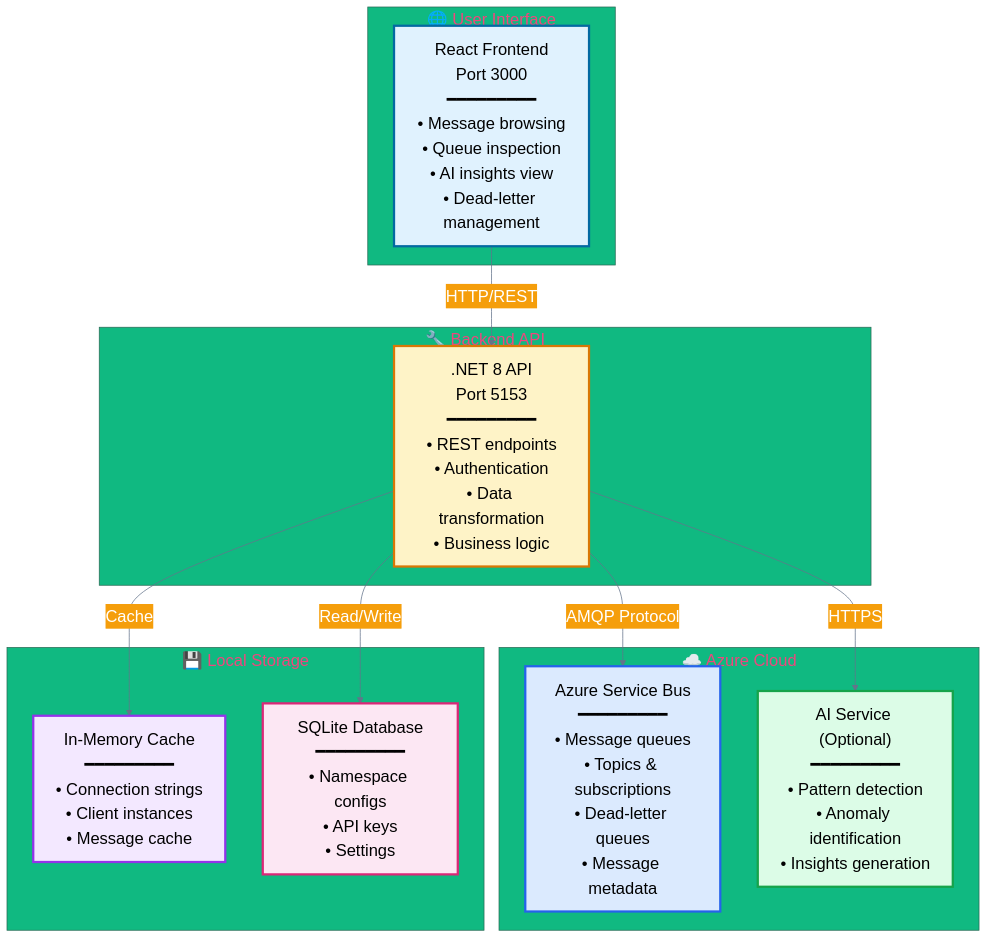
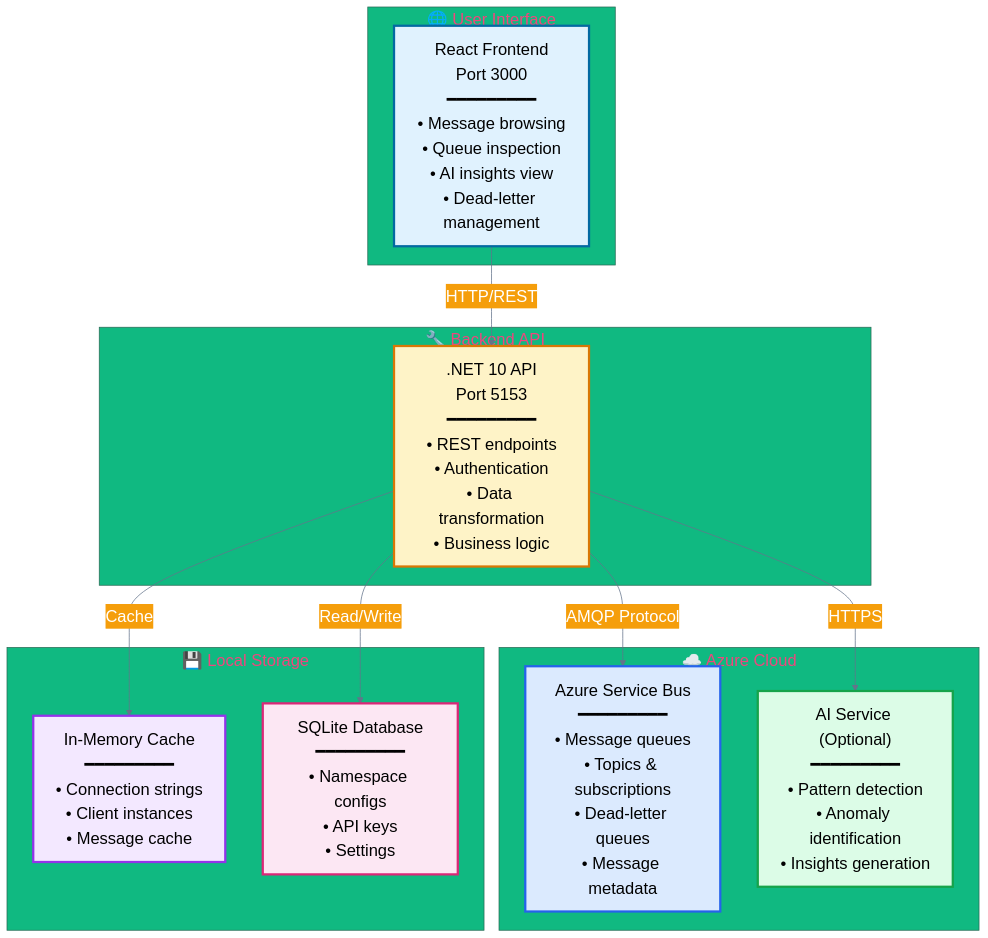
One commit to debdevops/servicehub changed the first of 12 diagrams in docs/COMPREHENSIVE-GUIDE.md. Above: the diagram before and after it, drawn with Mermaid. The commit also changed other lines of this file and 40 other files, not shown here.

````diff
--- a/docs/COMPREHENSIVE-GUIDE.md
+++ b/docs/COMPREHENSIVE-GUIDE.md
@@ -76,36 +76,36 @@
 ```mermaid
 %%{init: {'theme':'base', 'themeVariables': { 'fontSize':'22px', 'primaryColor':'#0ea5e9', 'primaryTextColor':'#fff', 'primaryBorderColor':'#0369a1', 'lineColor':'#64748b', 'secondaryColor':'#f59e0b', 'tertiaryColor':'#10b981'}}}%%
 graph TB
     subgraph "🌐 User Interface"
         UI["React Frontend<br/>Port 3000<br/>━━━━━━━━━<br/>• Message browsing<br/>• Queue inspection<br/>• AI insights view<br/>• Dead-letter management"]
     end
 
     subgraph "🔧 Backend API"
-        API[".NET 8 API<br/>Port 5153<br/>━━━━━━━━━<br/>• REST endpoints<br/>• Authentication<br/>• Data transformation<br/>• Business logic"]
+        API[".NET 10 API<br/>Port 5153<br/>━━━━━━━━━<br/>• REST endpoints<br/>• Authentication<br/>• Data transformation<br/>• Business logic"]
     end
 
     subgraph "☁️ Azure Cloud"
         ASB["Azure Service Bus<br/>━━━━━━━━━<br/>• Message queues<br/>• Topics & subscriptions<br/>• Dead-letter queues<br/>• Message metadata"]
         
         AI["AI Service (Optional)<br/>━━━━━━━━━<br/>• Pattern detection<br/>• Anomaly identification<br/>• Insights generation"]
     end
 
     subgraph "💾 Local Storage"
         CACHE["In-Memory Cache<br/>━━━━━━━━━<br/>• Connection strings<br/>• Client instances<br/>• Message cache"]
         
         DB["SQLite Database<br/>━━━━━━━━━<br/>• Namespace configs<br/>• API keys<br/>• Settings"]
     end
 
     UI -->|HTTP/REST| API
     API -->|AMQP Protocol| ASB
     API -->|HTTPS| AI
     API -->|Read/Write| DB
     API -->|Cache| CACHE
     
     style UI fill:#e0f2fe,stroke:#0369a1,stroke-width:3px,color:#000
     style API fill:#fef3c7,stroke:#d97706,stroke-width:3px,color:#000
     style ASB fill:#dbeafe,stroke:#2563eb,stroke-width:3px,color:#000
     style AI fill:#dcfce7,stroke:#16a34a,stroke-width:3px,color:#000
     style DB fill:#fce7f3,stroke:#db2777,stroke-width:3px,color:#000
     style CACHE fill:#f3e8ff,stroke:#9333ea,stroke-width:3px,color:#000
 ```
````
